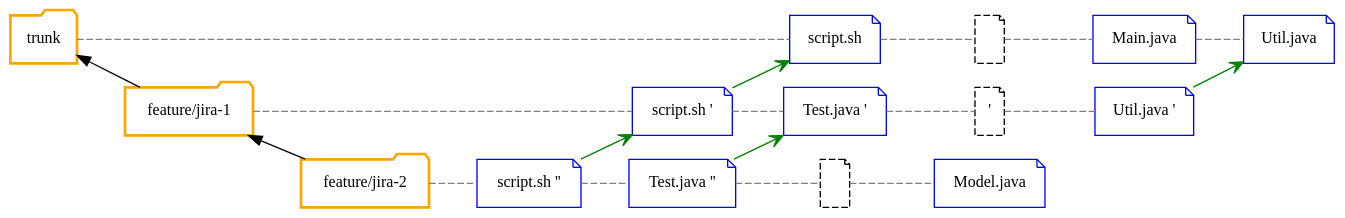
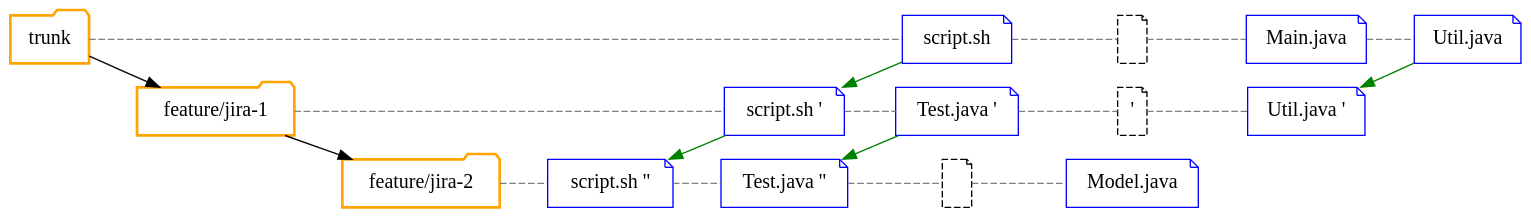
One commit to Gepardec/git-training changed the diagram in slides/intro/src/docs/asciidoc/graphviz/svn-branch.dot. Above: the diagram before and after it, drawn with Graphviz. The commit also changed 15 other files, not shown here.

Commit message:
- Modified README.adoc to explain how to install graphviz - Modified graphs of theoretical part - Finished theoretical part

```diff
--- a/slides/intro/src/docs/asciidoc/graphviz/svn-branch.dot
+++ b/slides/intro/src/docs/asciidoc/graphviz/svn-branch.dot
@@ -1,48 +1,47 @@
 digraph svn_branch {
     rankdir="LR";
     bgcolor="transparent";
 
-    node[width=0.3, shape=folder,fontsize=12.0,color=orange];
-    "trunk"[label="trunk",group="trunk",style="bold"];
-    "feature_1"[label="feature/jira-1",group="feature_1",style="bold"];
-    "feature_2"[label="feature/jira-2",group="feature_2",style="bold"];
+    node[width=0.3, shape=folder,fontsize=15.0,color=orange];
+    trunk[label=trunk,group=trunk,style="bold"];
+    feature_1[label="feature/jira-1",group=feature_1,style="bold"];
+    feature_2[label="feature/jira-2",group=feature_2,style="bold"];
 
-    node[ shape=note,fontsize=12.0];
-    "file_1"[label="script.sh",group="trunk",color="blue"]
-    "file_2"[label="",group="trunk",style="dashed",color=""]
-    "file_3"[label="Main.java",group="trunk",color="blue"]
-    "file_4"[label="Util.java",group="trunk",color="blue"]
-    "file__1"[label="script.sh '",group="feature_1",color="blue"]
-    "file__2"[label="Test.java '",group="feature_1",color="blue"]
-    "file__3"[label="'",group="feature_1",style="dashed",color=""]
-    "file__4"[label="Util.java '",group="feature_1",color="blue"]
-    "file___1"[label="script.sh ''",group="feature_2",color="blue"]
-    "file___2"[label="Test.java ''",group="feature_2",color="blue"]
-    "file___3"[label="",group="feature_2",style=dashed,color=""]
-    "file___4"[label="Model.java",group="feature_2",color="blue"]
+    node[ shape=note,fontsize=15.0];
+    file_1[label="script.sh",group=trunk,color=blue]
+    file_2[label="",group=trunk,style="dashed",color=""]
+    file_3[label="Main.java",group=trunk,color=blue]
+    file_4[label="Util.java",group=trunk,color=blue]
+    file__1[label="script.sh '",group=feature_1,color=blue]
+    file__2[label="Test.java '",group=feature_1,color=blue]
+    file__3[label="'",group=feature_1,style="dashed",color=""]
+    file__4[label="Util.java '",group=feature_1,color=blue]
+    file___1[label="script.sh ''",group=feature_2,color=blue]
+    file___2[label="Test.java ''",group=feature_2,color=blue]
+    file___3[label="",group=feature_2,style=dashed,color=""]
+    file___4[label="Model.java",group=feature_2,color=blue]
 
-    edge[arrowhead=open,dir="back"];
-    "trunk" -> "feature_1";
-    "feature_1" -> "feature_2";
+    trunk -> feature_1;
+    feature_1 -> feature_2;
 
-    edge[arrowhead=none,dir="forward",style=dashed, color=gray];
-    "trunk" -> "file_1";
-    "feature_1" -> "file__1";
-    "feature_2" -> "file___1";
-    "file_1" -> "file_2";
-    "file_2" -> "file_3";
-    "file_3" -> "file_4";
-    "file__1" -> "file__2";
-    "file__2" -> "file__3";
-    "file__3" -> "file__4";
-    "file___1" -> "file___2";
-    "file___2" -> "file___3";
-    "file___3" -> "file___4";
+    edge[arrowhead=none,style=dashed, color=gray];
+    trunk -> file_1;
+    feature_1 -> file__1;
+    feature_2 -> file___1;
+    file_1 -> file_2;
+    file_2 -> file_3;
+    file_3 -> file_4;
+    file__1 -> file__2;
+    file__2 -> file__3;
+    file__3 -> file__4;
+    file___1 -> file___2;
+    file___2 -> file___3;
+    file___3 -> file___4;
 
-    edge[arrowhead=open,style="",color=green];
-    "file__1" -> "file_1"
-    "file___1" -> "file__1"
-    "file___2" -> "file__2"
-    "file__4" -> "file_4"
+    edge[arrowhead="", dir=back, style="",color=green];
+    file__1 -> file_1
+    file___1 -> file__1
+    file___2 -> file__2
+    file__4 -> file_4
 
 }
```
